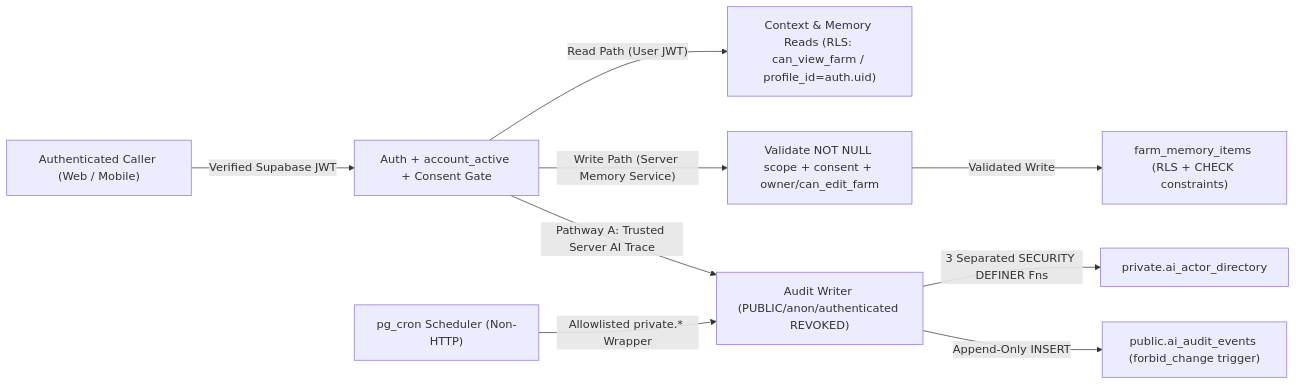
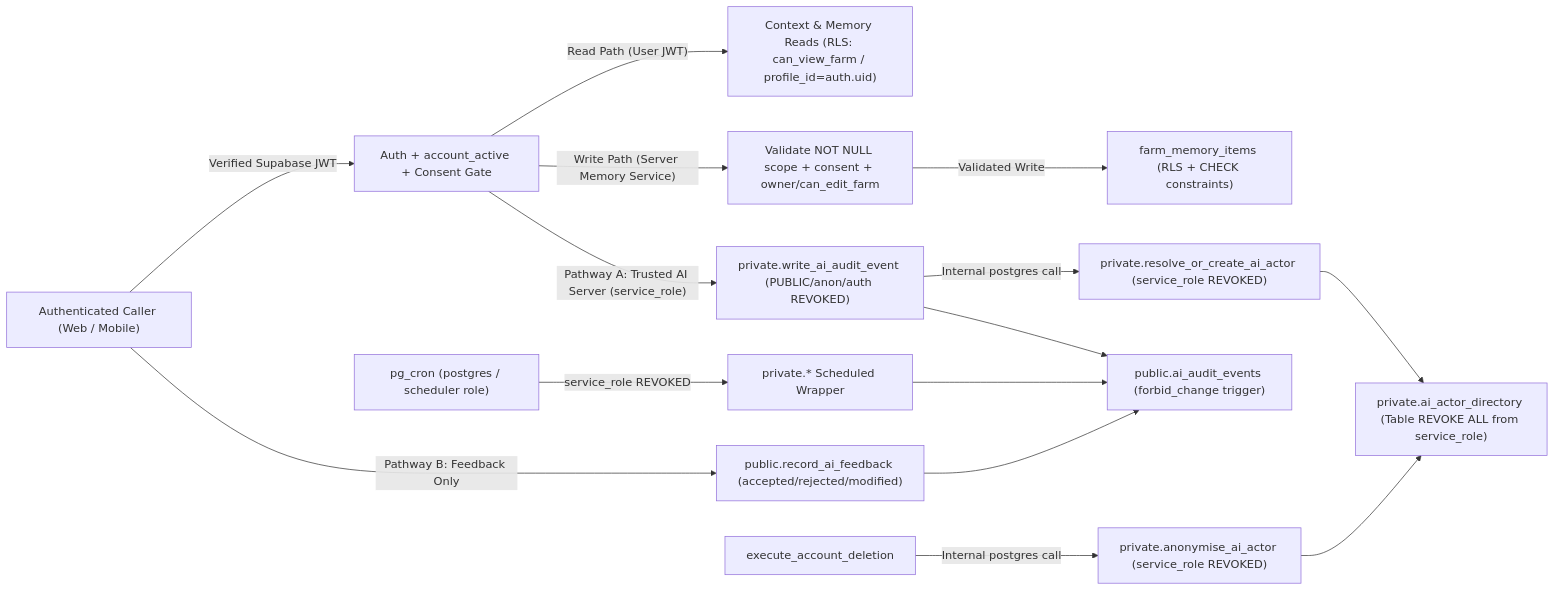
Before and after one commit to farmconnect-ux/cultivanode: the diagram in docs/architecture/batch-03/BATCH_03_0_SECURITY_AND_GOVERNANCE.md, drawn with Mermaid. The commit also changed other lines of this file and 4 other files, not shown here.

Commit message:
docs(architecture): harden privileged AI audit and scheduler boundaries

````diff
--- a/docs/architecture/batch-03/BATCH_03_0_SECURITY_AND_GOVERNANCE.md
+++ b/docs/architecture/batch-03/BATCH_03_0_SECURITY_AND_GOVERNANCE.md
@@ -11,11 +11,17 @@
 ```mermaid
 flowchart LR
   User["Authenticated Caller (Web / Mobile)"] -->|"Verified Supabase JWT"| Gate["Auth + account_active + Consent Gate"]
   Gate -->|"Read Path (User JWT)"| ReadDB["Context & Memory Reads (RLS: can_view_farm / profile_id=auth.uid)"]
   Gate -->|"Write Path (Server Memory Service)"| MemSvc["Validate NOT NULL scope + consent + owner/can_edit_farm"]
   MemSvc -->|"Validated Write"| MemDB["farm_memory_items (RLS + CHECK constraints)"]
-  Gate -->|"Pathway A: Trusted Server AI Trace"| SrvAud["Audit Writer (PUBLIC/anon/authenticated REVOKED)"]
-  Cron["pg_cron Scheduler (Non-HTTP)"] -->|"Allowlisted private.* Wrapper"| SrvAud
-  SrvAud -->|"3 Separated SECURITY DEFINER Fns"| Dir["private.ai_actor_directory"]
-  SrvAud -->|"Append-Only INSERT"| AudDB["public.ai_audit_events (forbid_change trigger)"]
+  Gate -->|"Pathway A: Trusted AI Server (service_role)"| SrvAud["private.write_ai_audit_event (PUBLIC/anon/auth REVOKED)"]
+  User -->|"Pathway B: Feedback Only"| FbRPC["public.record_ai_feedback (accepted/rejected/modified)"]
+  Cron["pg_cron (postgres / scheduler role)"] -->|"service_role REVOKED"| CronWrap["private.* Scheduled Wrapper"]
+  CronWrap --> AudDB["public.ai_audit_events (forbid_change trigger)"]
+  SrvAud -->|"Internal postgres call"| ActFn["private.resolve_or_create_ai_actor (service_role REVOKED)"]
+  DelFn["execute_account_deletion"] -->|"Internal postgres call"| AnonFn["private.anonymise_ai_actor (service_role REVOKED)"]
+  ActFn --> Dir["private.ai_actor_directory (Table REVOKE ALL from service_role)"]
+  AnonFn --> Dir
+  SrvAud --> AudDB
+  FbRPC --> AudDB
 ```
````
